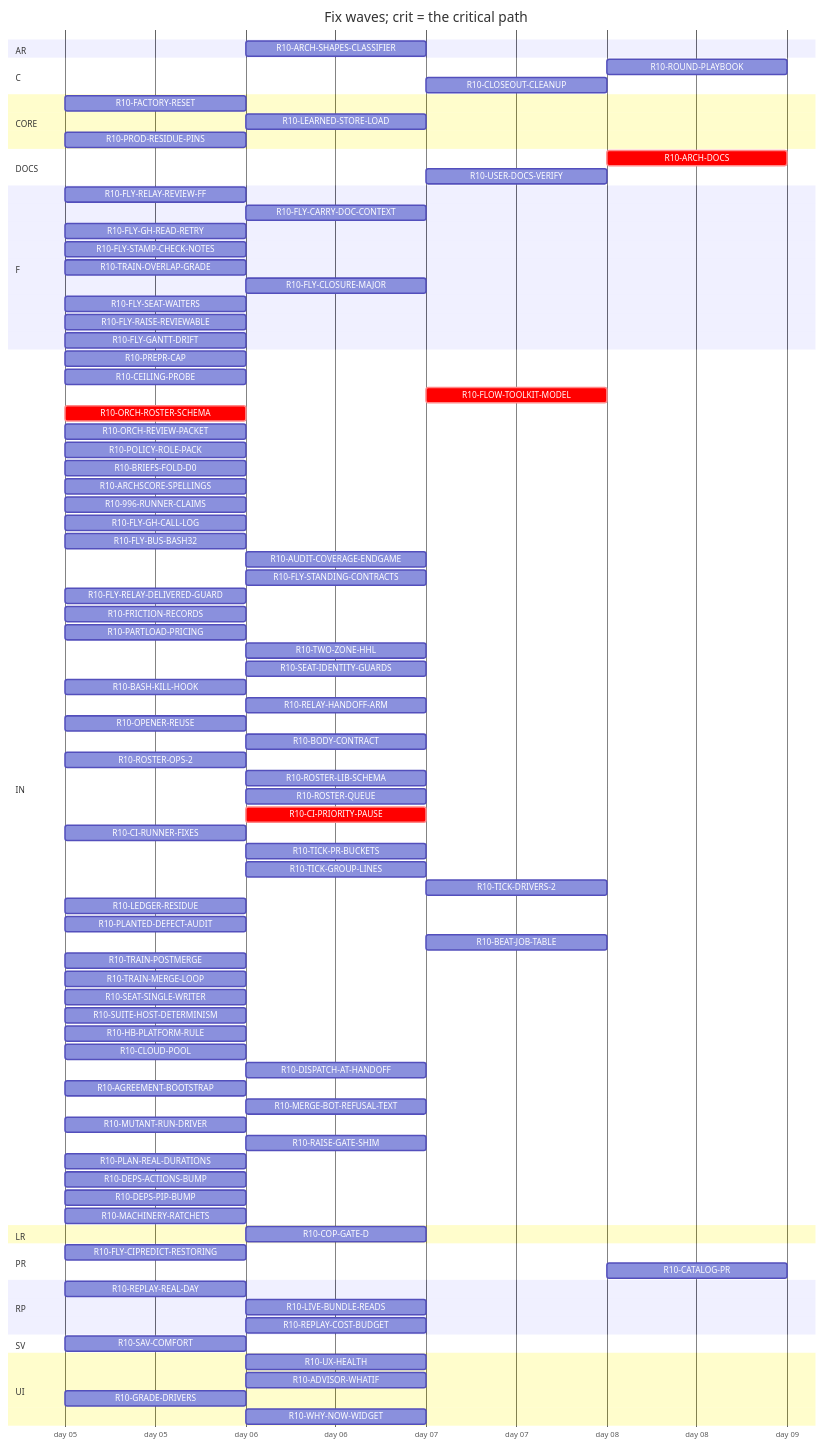
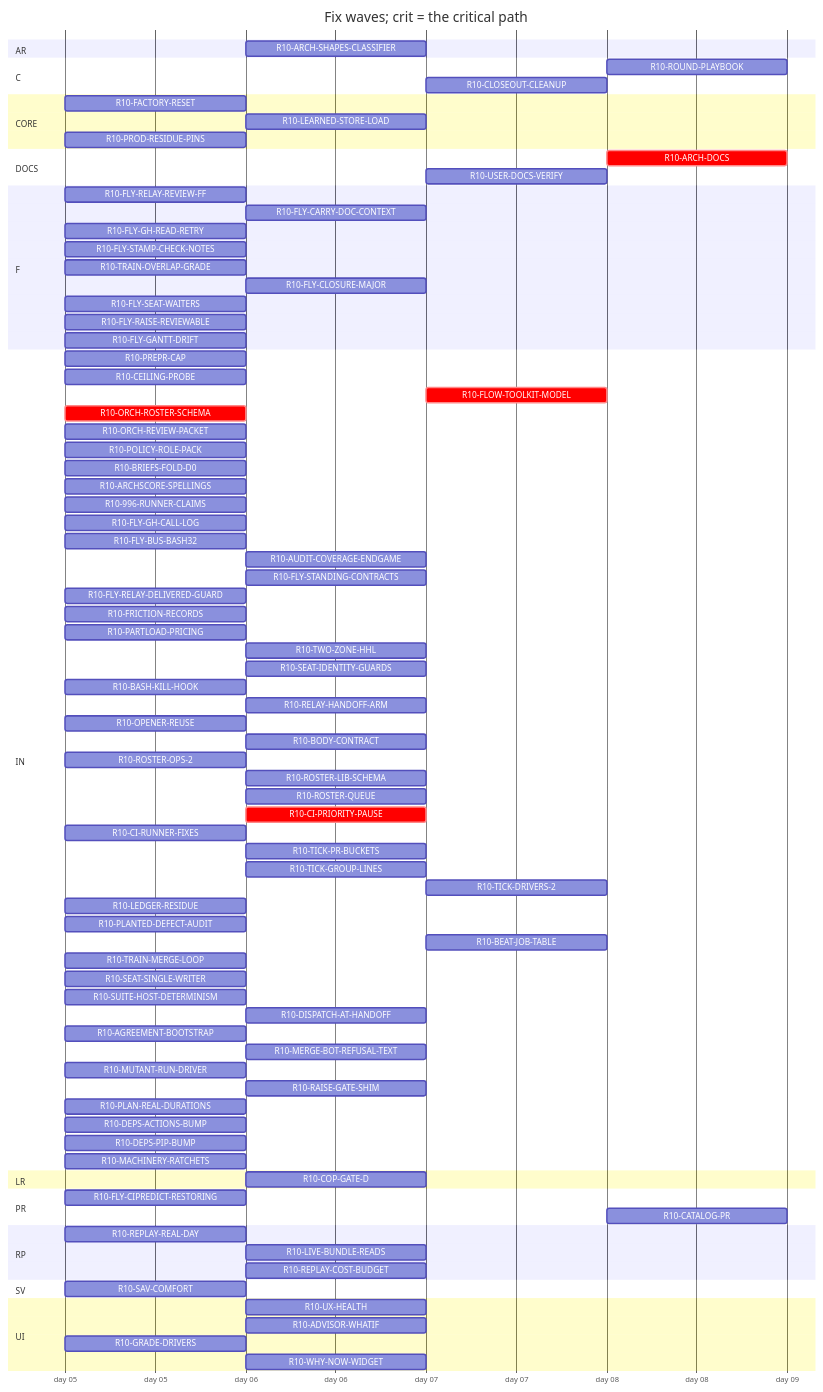
Before and after one commit to tvofi/heatpump_optimizer: the diagram in handoff/round10/state/PLAN-TABLE.md, drawn with Mermaid. The commit also changed other lines of this file and 3 other files, not shown here.

Commit message:
state: FLOW-BOARD.md, NEXT-SESSION-PROMPT.md, PLAN-TABLE.md, RESUME-CURRENT.md regenerated (state_docs.py)

```diff
--- a/handoff/round10/state/PLAN-TABLE.md
+++ b/handoff/round10/state/PLAN-TABLE.md
@@ -29,14 +29,14 @@
   section AR
     R10-ARCH-SHAPES-CLASSIFIER :r10ARCHSHAPESCLASSIFIER, after r10996RUNNERCLAIMS, 1d
   section C
-    R10-ROUND-PLAYBOOK :r10ROUNDPLAYBOOK, after r10FLYRELAYREVIEWFF r10AUDITCOVERAGEENDGAME r10ORCHROSTERSCHEMA r10FLOWTOOLKITMODEL r10TRAINOVERLAPGRADE r10POLICYROLEPACK r10ORCHREVIEWPACKET r10FRICTIONRECORDS r10COPGATED r10GRADEDRIVERS r10PARTLOADPRICING r10TWOZONEHHL r10SEATIDENTITYGUARDS r10BASHKILLHOOK r10RELAYHANDOFFARM r10OPENERREUSE r10BODYCONTRACT r10ROSTEROPS2 r10ROSTERLIBSCHEMA r10ROSTERQUEUE r10CIPRIORITYPAUSE r10CIRUNNERFIXES r10TICKPRBUCKETS r10TICKGROUPLINES r10TICKDRIVERS2 r10LEDGERRESIDUE r10PLANTEDDEFECTAUDIT r10BEATJOBTABLE r10TRAINPOSTMERGE r10TRAINMERGELOOP r10SEATSINGLEWRITER r10SUITEHOSTDETERMINISM r10HBPLATFORMRULE r10CLOUDPOOL r10DISPATCHATHANDOFF r10AGREEMENTBOOTSTRAP r10MERGEBOTREFUSALTEXT r10MUTANTRUNDRIVER r10RAISEGATESHIM r10LIVEBUNDLEREADS r10REPLAYCOSTBUDGET r10CLOSEOUTCLEANUP, 1d
+    R10-ROUND-PLAYBOOK :r10ROUNDPLAYBOOK, after r10FLYRELAYREVIEWFF r10AUDITCOVERAGEENDGAME r10ORCHROSTERSCHEMA r10FLOWTOOLKITMODEL r10TRAINOVERLAPGRADE r10POLICYROLEPACK r10ORCHREVIEWPACKET r10FRICTIONRECORDS r10COPGATED r10GRADEDRIVERS r10PARTLOADPRICING r10TWOZONEHHL r10SEATIDENTITYGUARDS r10BASHKILLHOOK r10RELAYHANDOFFARM r10OPENERREUSE r10BODYCONTRACT r10ROSTEROPS2 r10ROSTERLIBSCHEMA r10ROSTERQUEUE r10CIPRIORITYPAUSE r10CIRUNNERFIXES r10TICKPRBUCKETS r10TICKGROUPLINES r10TICKDRIVERS2 r10LEDGERRESIDUE r10PLANTEDDEFECTAUDIT r10BEATJOBTABLE r10TRAINMERGELOOP r10SEATSINGLEWRITER r10SUITEHOSTDETERMINISM r10DISPATCHATHANDOFF r10AGREEMENTBOOTSTRAP r10MERGEBOTREFUSALTEXT r10MUTANTRUNDRIVER r10RAISEGATESHIM r10LIVEBUNDLEREADS r10REPLAYCOSTBUDGET r10CLOSEOUTCLEANUP, 1d
     R10-CLOSEOUT-CLEANUP :r10CLOSEOUTCLEANUP, after r10AUDITCOVERAGEENDGAME, 1d
   section CORE
     R10-FACTORY-RESET :r10FACTORYRESET, 2026-01-05, 1d
     R10-LEARNED-STORE-LOAD :r10LEARNEDSTORELOAD, after r10FACTORYRESET, 1d
     R10-PROD-RESIDUE-PINS :r10PRODRESIDUEPINS, 2026-01-05, 1d
   section DOCS
-    R10-ARCH-DOCS :crit, r10ARCHDOCS, after r10UXHEALTH r10SAVCOMFORT r10CEILINGPROBE r10FLYRELAYREVIEWFF r10FLYCARRYDOCCONTEXT r10FLOWTOOLKITMODEL r10FLYSTAMPCHECKNOTES r10TRAINOVERLAPGRADE r10ORCHROSTERSCHEMA r10ORCHREVIEWPACKET r10POLICYROLEPACK r10BRIEFSFOLDD0 r10REPLAYREALDAY r10ARCHSCORESPELLINGS r10FRICTIONRECORDS r10COPGATED r10GRADEDRIVERS r10PARTLOADPRICING r10TWOZONEHHL r10SEATIDENTITYGUARDS r10BASHKILLHOOK r10RELAYHANDOFFARM r10OPENERREUSE r10BODYCONTRACT r10ROSTEROPS2 r10ROSTERLIBSCHEMA r10ROSTERQUEUE r10CIPRIORITYPAUSE r10CIRUNNERFIXES r10TICKPRBUCKETS r10TICKGROUPLINES r10TICKDRIVERS2 r10LEDGERRESIDUE r10PLANTEDDEFECTAUDIT r10BEATJOBTABLE r10TRAINPOSTMERGE r10TRAINMERGELOOP r10SEATSINGLEWRITER r10SUITEHOSTDETERMINISM r10HBPLATFORMRULE r10CLOUDPOOL r10DISPATCHATHANDOFF r10AGREEMENTBOOTSTRAP r10MERGEBOTREFUSALTEXT r10MUTANTRUNDRIVER r10RAISEGATESHIM r10LIVEBUNDLEREADS r10REPLAYCOSTBUDGET, 1d
+    R10-ARCH-DOCS :crit, r10ARCHDOCS, after r10UXHEALTH r10SAVCOMFORT r10CEILINGPROBE r10FLYRELAYREVIEWFF r10FLYCARRYDOCCONTEXT r10FLOWTOOLKITMODEL r10FLYSTAMPCHECKNOTES r10TRAINOVERLAPGRADE r10ORCHROSTERSCHEMA r10ORCHREVIEWPACKET r10POLICYROLEPACK r10BRIEFSFOLDD0 r10REPLAYREALDAY r10ARCHSCORESPELLINGS r10FRICTIONRECORDS r10COPGATED r10GRADEDRIVERS r10PARTLOADPRICING r10TWOZONEHHL r10SEATIDENTITYGUARDS r10BASHKILLHOOK r10RELAYHANDOFFARM r10OPENERREUSE r10BODYCONTRACT r10ROSTEROPS2 r10ROSTERLIBSCHEMA r10ROSTERQUEUE r10CIPRIORITYPAUSE r10CIRUNNERFIXES r10TICKPRBUCKETS r10TICKGROUPLINES r10TICKDRIVERS2 r10LEDGERRESIDUE r10PLANTEDDEFECTAUDIT r10BEATJOBTABLE r10TRAINMERGELOOP r10SEATSINGLEWRITER r10SUITEHOSTDETERMINISM r10DISPATCHATHANDOFF r10AGREEMENTBOOTSTRAP r10MERGEBOTREFUSALTEXT r10MUTANTRUNDRIVER r10RAISEGATESHIM r10LIVEBUNDLEREADS r10REPLAYCOSTBUDGET, 1d
     R10-USER-DOCS-VERIFY :r10USERDOCSVERIFY, after r10UXHEALTH r10SAVCOMFORT r10CEILINGPROBE r10FACTORYRESET r10ARCHSHAPESCLASSIFIER r10FRICTIONRECORDS r10COPGATED r10GRADEDRIVERS r10PARTLOADPRICING r10TWOZONEHHL r10LIVEBUNDLEREADS r10WHYNOWWIDGET r10ADVISORWHATIF r10LEARNEDSTORELOAD, 1d
   section F
     R10-FLY-RELAY-REVIEW-FF :r10FLYRELAYREVIEWFF, 2026-01-05, 1d
@@ -82,12 +82,9 @@
     R10-LEDGER-RESIDUE :r10LEDGERRESIDUE, 2026-01-05, 1d
     R10-PLANTED-DEFECT-AUDIT :r10PLANTEDDEFECTAUDIT, 2026-01-05, 1d
     R10-BEAT-JOB-TABLE :r10BEATJOBTABLE, after r10FLYSTANDINGCONTRACTS, 1d
-    R10-TRAIN-POSTMERGE :r10TRAINPOSTMERGE, 2026-01-05, 1d
     R10-TRAIN-MERGE-LOOP :r10TRAINMERGELOOP, 2026-01-05, 1d
     R10-SEAT-SINGLE-WRITER :r10SEATSINGLEWRITER, 2026-01-05, 1d
     R10-SUITE-HOST-DETERMINISM :r10SUITEHOSTDETERMINISM, 2026-01-05, 1d
-    R10-HB-PLATFORM-RULE :r10HBPLATFORMRULE, 2026-01-05, 1d
-    R10-CLOUD-POOL :r10CLOUDPOOL, 2026-01-05, 1d
     R10-DISPATCH-AT-HANDOFF :r10DISPATCHATHANDOFF, after r10ORCHREVIEWPACKET r10MUTANTRUNDRIVER, 1d
     R10-AGREEMENT-BOOTSTRAP :r10AGREEMENTBOOTSTRAP, 2026-01-05, 1d
     R10-MERGE-BOT-REFUSAL-TEXT :r10MERGEBOTREFUSALTEXT, after r10996RUNNERCLAIMS, 1d
```
